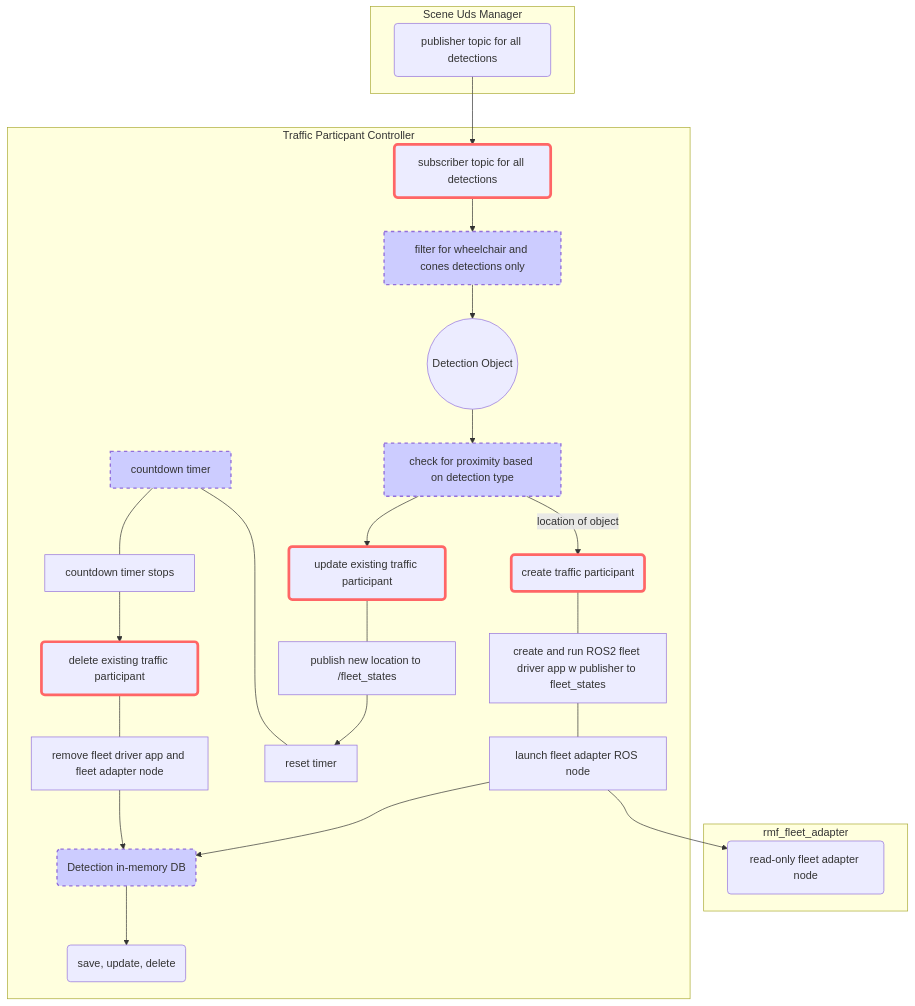
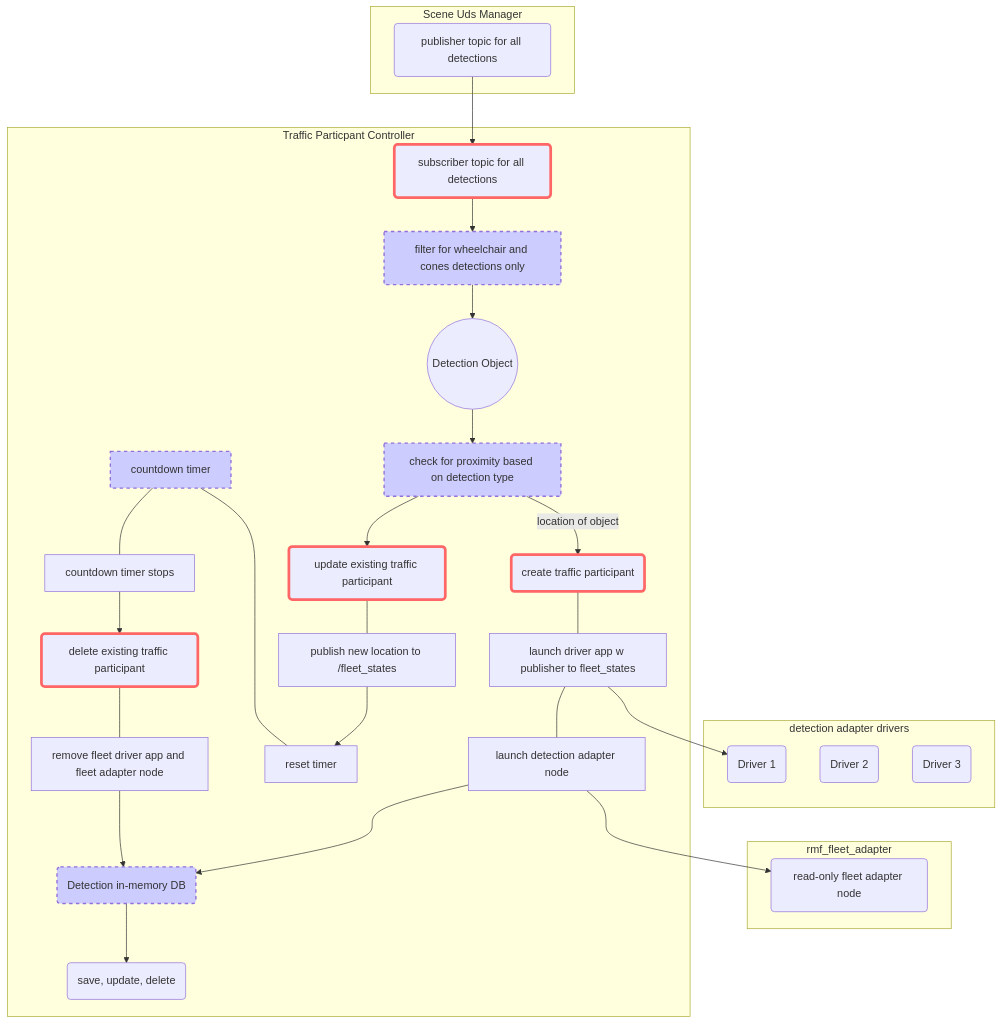
The diagram in README.md (mxgrey/su_traffic_participant), drawn with Mermaid before and after one commit. The commit also changed other lines of this file, not shown here.

````diff
--- a/README.md
+++ b/README.md
@@ -5,36 +5,43 @@
 ```mermaid
 graph TB
 
   Publisher --> Subscriber
   subgraph "Scene Uds Manager"
   Publisher(publisher topic for all detections)
   end
 
   subgraph "rmf_fleet_adapter"
   Node(read-only fleet adapter node)
   end
 
+  subgraph "detection adapter drivers"
+  Driver(Driver 1)
+  Driver2(Driver 2)
+  Driver3(Driver 3)
+  end
+
   subgraph "Traffic Particpant Controller"
   Subscriber(subscriber topic for all detections)
   Subscriber --> FindClass[filter for wheelchair and cones detections only] --> Detection((Detection Object))
   Detection --> Proximity[check for proximity based on detection type]
   Proximity -- location of object --> Create(create traffic participant)
   DB(Detection in-memory DB) --> DBops(save, update, delete)
-  Create --- C1[create and run ROS2 fleet driver app w publisher to fleet_states] --- C2[launch fleet adapter ROS node] --> DB
+  Create --- C1[launch driver app w publisher to fleet_states] --- C2[launch detection adapter node] --> DB
+  C1 --> Driver
   C2 --> Node
   Proximity --> Update(update existing traffic participant) 
   Update --- U1[publish new location to /fleet_states] --> TimerReset
   CountdownTimer[countdown timer] --- TimerReset[reset timer]
   CountdownTimer --- TimerStop[countdown timer stops] --> Delete(delete existing traffic participant)
   Delete --- D1[remove fleet driver app and fleet adapter node] --> DB
   style Subscriber stroke:#f66,stroke-width:4px
   style Create stroke:#f66,stroke-width:4px
   style Update stroke:#f66,stroke-width:4px
   style Delete stroke:#f66,stroke-width:4px
   style FindClass fill:#ccf,stroke-width:2px,stroke-dasharray: 5, 5
   style Proximity fill:#ccf,stroke-width:2px,stroke-dasharray: 5, 5
   style CountdownTimer fill:#ccf,stroke-width:2px,stroke-dasharray: 5, 5
   style DB fill:#ccf,stroke-width:2px,stroke-dasharray: 5, 5
 
 end
 ```
````
